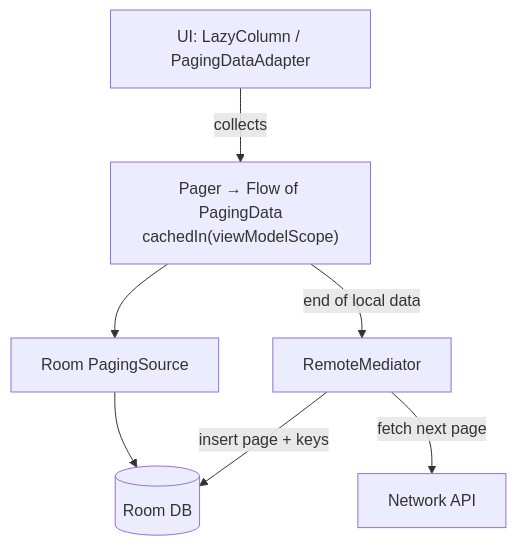
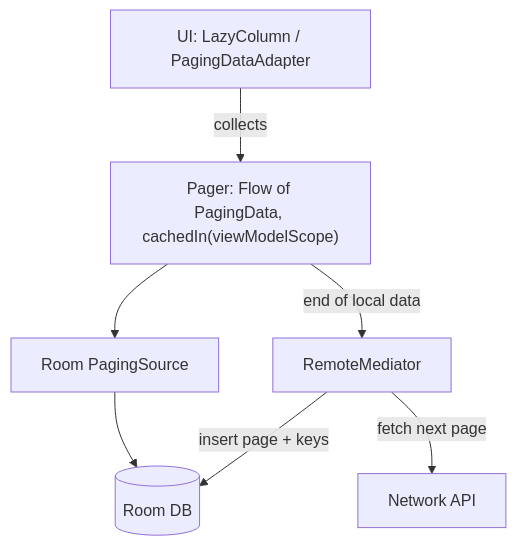
The fifth of 6 diagrams in topics/13-jetpack-components.md (AkshayAshokCode/Android-Interview-Questions-cheat-sheet), drawn with Mermaid before and after one commit. The commit also changed other lines of this file and 21 other files, not shown here.

````diff
--- a/topics/13-jetpack-components.md
+++ b/topics/13-jetpack-components.md
@@ -239,9 +954,9 @@
 ```mermaid
 flowchart TD
-    UI["UI: LazyColumn / PagingDataAdapter"] -->|"collects"| PG["Pager → Flow of PagingData<br/>cachedIn(viewModelScope)"]
+    UI["UI: LazyColumn / PagingDataAdapter"] -->|"collects"| PG["Pager: Flow of PagingData, cachedIn(viewModelScope)"]
     PG --> PS["Room PagingSource"]
     PS --> DB[("Room DB")]
     PG -->|"end of local data"| RM["RemoteMediator"]
     RM -->|"fetch next page"| API["Network API"]
     RM -->|"insert page + keys"| DB
 ```
````
